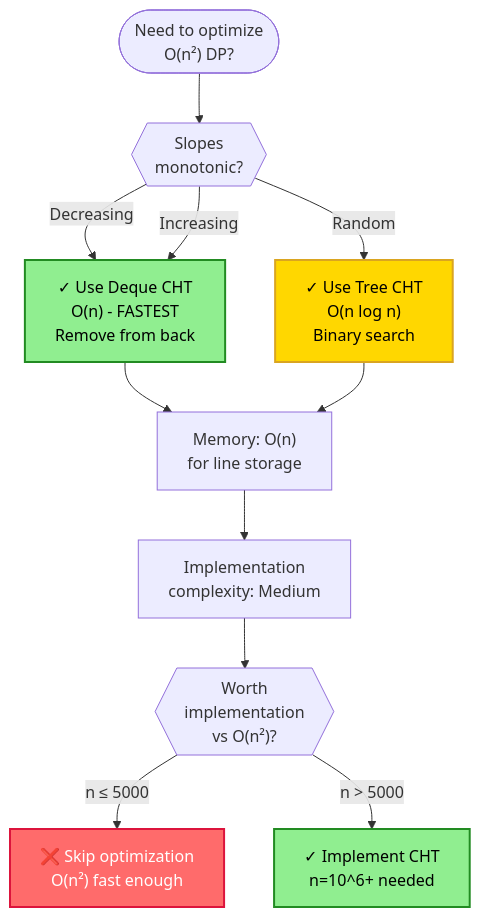
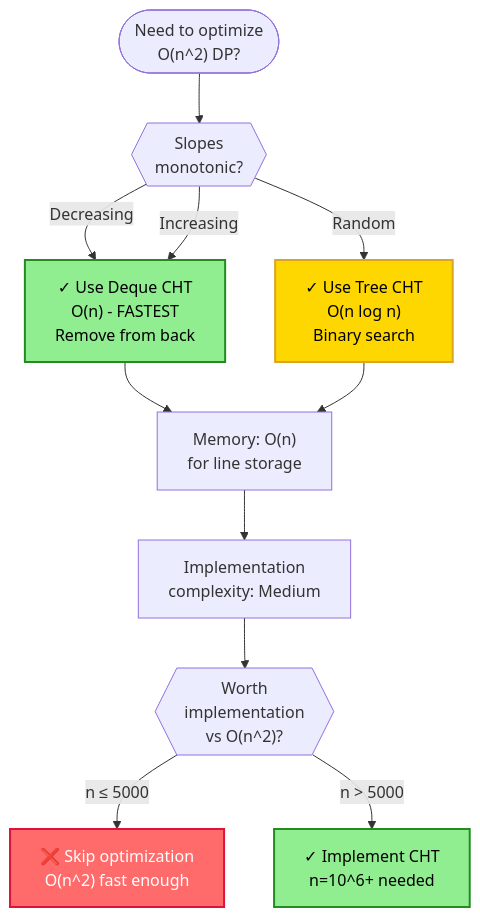
Before and after one commit to souradeepta/interviewprep: the fourth of 41 diagrams in docs/algorithms/advanced/advanced_algorithms.md, drawn with Mermaid. The commit also changed other lines of this file, not shown here.

Commit message:
fix: replace Unicode superscript characters with ASCII equivalents in Mermaid flowchart

````diff
--- a/docs/algorithms/advanced/advanced_algorithms.md
+++ b/docs/algorithms/advanced/advanced_algorithms.md
@@ -216,23 +216,23 @@
 ```mermaid
 flowchart TD
-    Start(["Need to optimize<br/>O(n²) DP?"]) --> Q1{{"Slopes<br/>monotonic?"}}
+    Start(["Need to optimize<br/>O(n^2) DP?"]) --> Q1{{"Slopes<br/>monotonic?"}}
     Q1 -->|Decreasing| Deque["✓ Use Deque CHT<br/>O(n) - FASTEST<br/>Remove from back"]
     Q1 -->|Increasing| Deque
     Q1 -->|Random| Tree["✓ Use Tree CHT<br/>O(n log n)<br/>Binary search"]
     
     Deque --> Space["Memory: O(n)<br/>for line storage"]
     Tree --> Space
     Space --> Impl["Implementation<br/>complexity: Medium"]
-    Impl --> Worth{{"Worth<br/>implementation<br/>vs O(n²)?"}}
-    Worth -->|n ≤ 5000| No["❌ Skip optimization<br/>O(n²) fast enough"]
+    Impl --> Worth{{"Worth<br/>implementation<br/>vs O(n^2)?"}}
+    Worth -->|n ≤ 5000| No["❌ Skip optimization<br/>O(n^2) fast enough"]
     Worth -->|n > 5000| Yes["✓ Implement CHT<br/>n=10^6+ needed"]
     
     classDef fast fill:#90EE90,stroke:#228B22,stroke-width:2px,color:#000
     classDef medium fill:#FFD700,stroke:#DAA520,stroke-width:2px,color:#000
     classDef skip fill:#FF6B6B,stroke:#DC143C,stroke-width:2px,color:#fff
     
     class Deque fast
     class Tree medium
     class No skip
     class Yes fast
 ```
````
